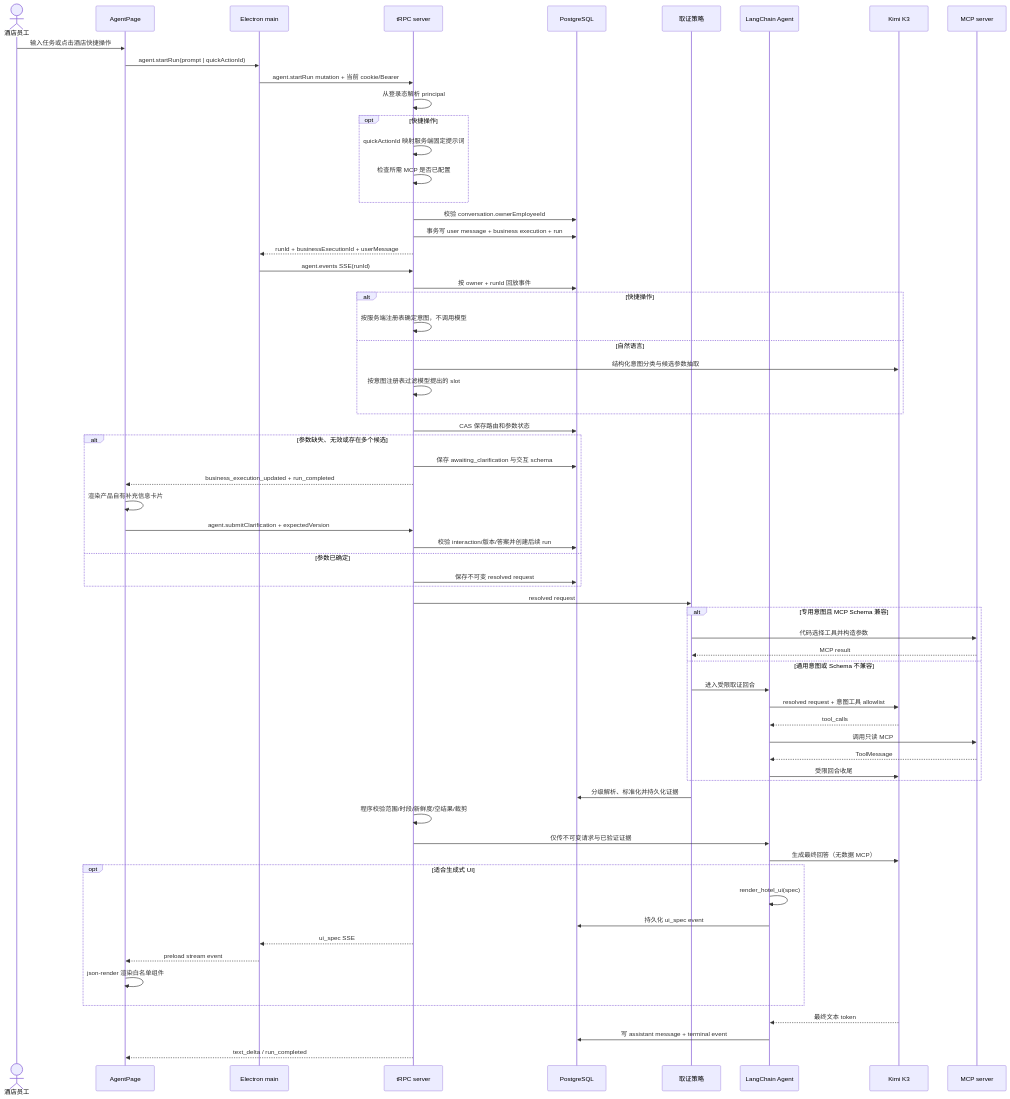
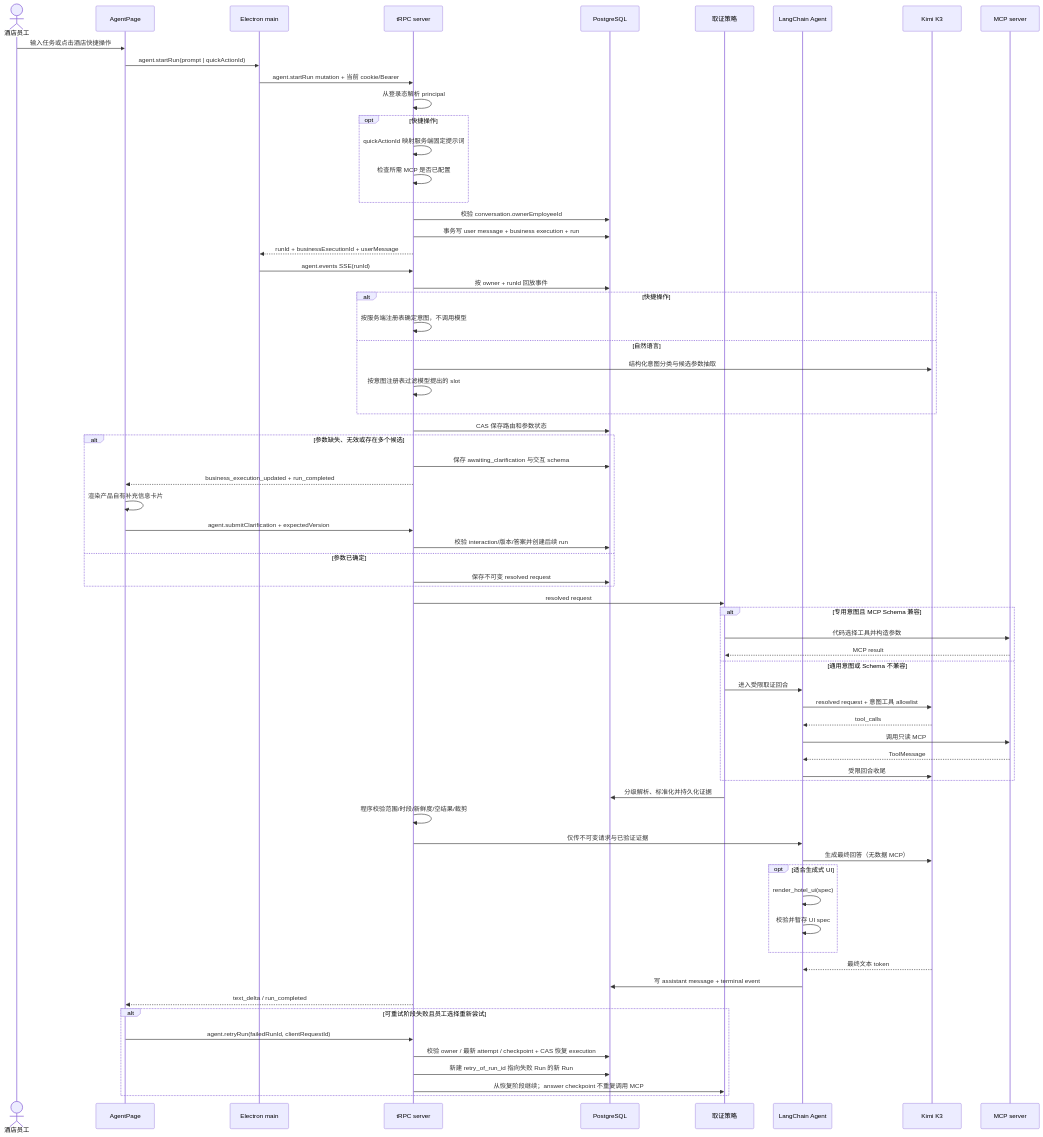
Before and after one commit to lishoubo/xiaozhi-desktop: the second of 2 diagrams in docs/agent-integration-guide.md, drawn with Mermaid. The commit also changed other lines of this file and 96 other files, not shown here.

````diff
--- a/docs/agent-integration-guide.md
+++ b/docs/agent-integration-guide.md
@@ -64,68 +72,71 @@
 ```mermaid
 sequenceDiagram
   actor User as 酒店员工
   participant UI as AgentPage
   participant Main as Electron main
   participant TRPC as tRPC server
   participant DB as PostgreSQL
   participant Collector as 取证策略
   participant Agent as LangChain Agent
   participant Kimi as Kimi K3
   participant MCP as MCP server
 
   User->>UI: 输入任务或点击酒店快捷操作
   UI->>Main: agent.startRun(prompt | quickActionId)
   Main->>TRPC: agent.startRun mutation + 当前 cookie/Bearer
   TRPC->>TRPC: 从登录态解析 principal
   opt 快捷操作
     TRPC->>TRPC: quickActionId 映射服务端固定提示词
     TRPC->>TRPC: 检查所需 MCP 是否已配置
   end
   TRPC->>DB: 校验 conversation.ownerEmployeeId
   TRPC->>DB: 事务写 user message + business execution + run
   TRPC-->>Main: runId + businessExecutionId + userMessage
   Main->>TRPC: agent.events SSE(runId)
   TRPC->>DB: 按 owner + runId 回放事件
   alt 快捷操作
     TRPC->>TRPC: 按服务端注册表确定意图，不调用模型
   else 自然语言
     TRPC->>Kimi: 结构化意图分类与候选参数抽取
     TRPC->>TRPC: 按意图注册表过滤模型提出的 slot
   end
   TRPC->>DB: CAS 保存路由和参数状态
   alt 参数缺失、无效或存在多个候选
     TRPC->>DB: 保存 awaiting_clarification 与交互 schema
     TRPC-->>UI: business_execution_updated + run_completed
     UI->>UI: 渲染产品自有补充信息卡片
     UI->>TRPC: agent.submitClarification + expectedVersion
     TRPC->>DB: 校验 interaction/版本/答案并创建后续 run
   else 参数已确定
     TRPC->>DB: 保存不可变 resolved request
   end
   TRPC->>Collector: resolved request
   alt 专用意图且 MCP Schema 兼容
     Collector->>MCP: 代码选择工具并构造参数
     MCP-->>Collector: MCP result
   else 通用意图或 Schema 不兼容
     Collector->>Agent: 进入受限取证回合
     Agent->>Kimi: resolved request + 意图工具 allowlist
     Kimi-->>Agent: tool_calls
     Agent->>MCP: 调用只读 MCP
     MCP-->>Agent: ToolMessage
     Agent->>Kimi: 受限回合收尾
   end
   Collector->>DB: 分级解析、标准化并持久化证据
   TRPC->>TRPC: 程序校验范围/时段/新鲜度/空结果/裁剪
   TRPC->>Agent: 仅传不可变请求与已验证证据
   Agent->>Kimi: 生成最终回答（无数据 MCP）
   opt 适合生成式 UI
     Agent->>Agent: render_hotel_ui(spec)
-    Agent->>DB: 持久化 ui_spec event
-    TRPC-->>Main: ui_spec SSE
-    Main-->>UI: preload stream event
-    UI->>UI: json-render 渲染白名单组件
+    Agent->>Agent: 校验并暂存 UI spec
   end
   Kimi-->>Agent: 最终文本 token
   Agent->>DB: 写 assistant message + terminal event
   TRPC-->>UI: text_delta / run_completed
+  alt 可重试阶段失败且员工选择重新尝试
+    UI->>TRPC: agent.retryRun(failedRunId, clientRequestId)
+    TRPC->>DB: 校验 owner / 最新 attempt / checkpoint + CAS 恢复 execution
+    TRPC->>DB: 新建 retry_of_run_id 指向失败 Run 的新 Run
+    TRPC->>Collector: 从恢复阶段继续；answer checkpoint 不重复调用 MCP
+  end
 ```
````
